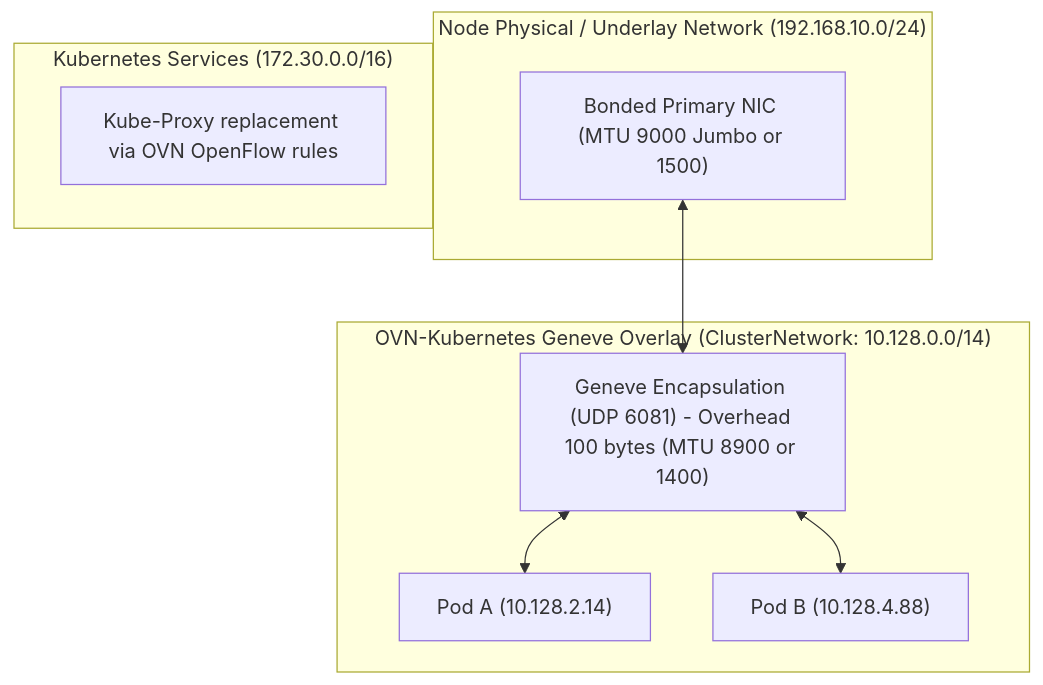
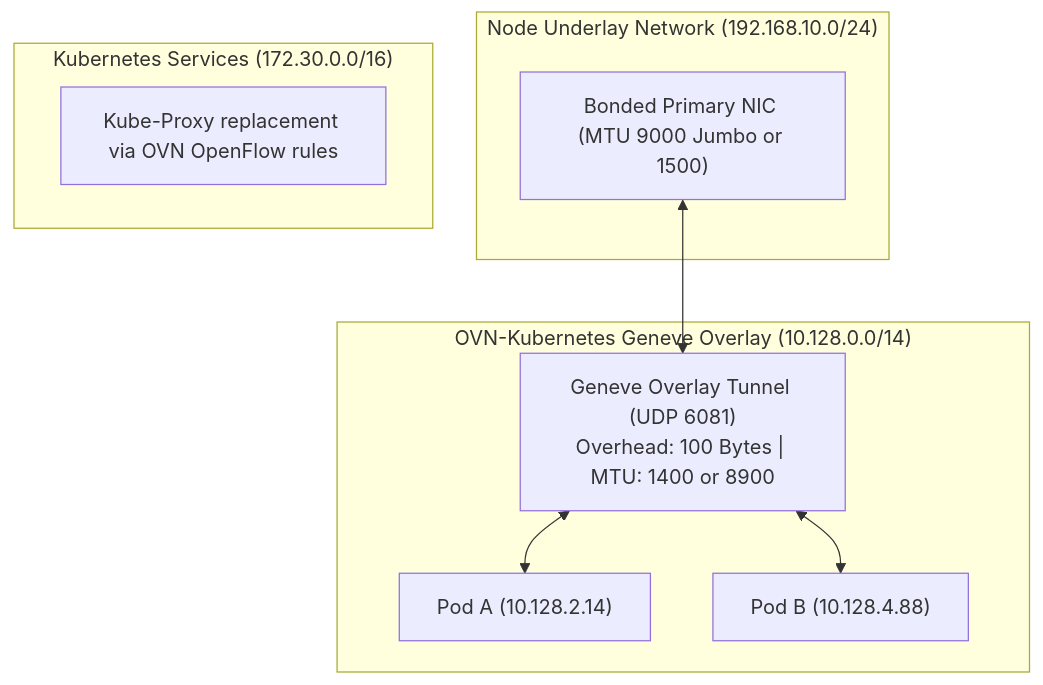
The diagram in docs/03-network-and-connectivity/README.md (nubenetes/openshift-4-20-installation-day0-day2), drawn with Mermaid before and after one commit. The commit also changed 5 other files, not shown here.

Commit message:
style: optimize Mermaid decision tree and diagram node formatting across docs

````diff
--- a/docs/03-network-and-connectivity/README.md
+++ b/docs/03-network-and-connectivity/README.md
@@ -20,20 +20,20 @@
 ```mermaid
 flowchart TD
-    subgraph HostNetwork["Node Physical / Underlay Network (192.168.10.0/24)"]
+    subgraph HostNetwork[" Node Underlay Network (192.168.10.0/24) "]
         eth0["Bonded Primary NIC (MTU 9000 Jumbo or 1500)"]
     end
 
-    subgraph OVNOverlay["OVN-Kubernetes Geneve Overlay (ClusterNetwork: 10.128.0.0/14)"]
-        GeneveTunnel["Geneve Encapsulation (UDP 6081) - Overhead 100 bytes (MTU 8900 or 1400)"]
+    subgraph OVNOverlay[" OVN-Kubernetes Geneve Overlay (10.128.0.0/14) "]
+        GeneveTunnel["Geneve Overlay Tunnel (UDP 6081)<br/>Overhead: 100 Bytes | MTU: 1400 or 8900"]
         Pod1["Pod A (10.128.2.14)"]
         Pod2["Pod B (10.128.4.88)"]
         GeneveTunnel <--> Pod1
         GeneveTunnel <--> Pod2
     end
 
     subgraph Services["Kubernetes Services (172.30.0.0/16)"]
         ClusterIP["Kube-Proxy replacement via OVN OpenFlow rules"]
     end
 
     eth0 <--> GeneveTunnel
 ```
````
